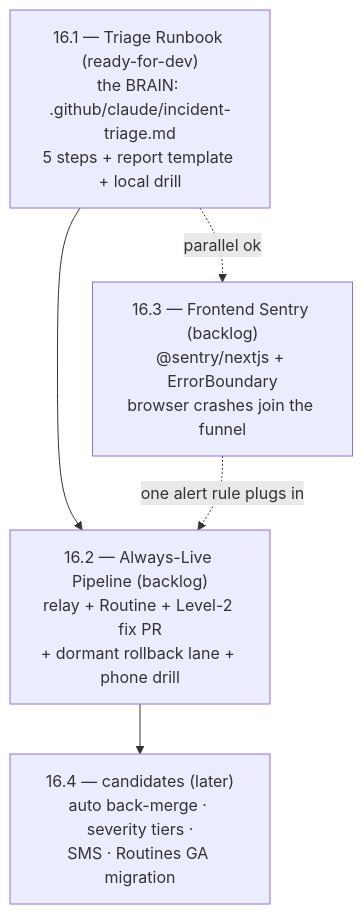
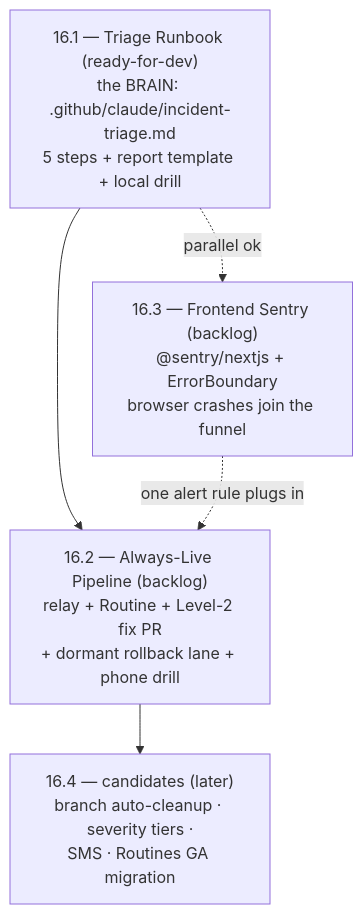
The fourth of 4 diagrams in _my_resources/diagrams_guides/security/sentry_error_response_team.md (sudomadhatter/Sudo_Hatter_Command), drawn with Mermaid before and after one commit. The commit also changed other lines of this file and 7 other files, not shown here.

````diff
--- a/_my_resources/diagrams_guides/security/sentry_error_response_team.md
+++ b/_my_resources/diagrams_guides/security/sentry_error_response_team.md
@@ -106,11 +115,11 @@
 ```mermaid
 flowchart TD
     S1["16.1 — Triage Runbook (ready-for-dev)<br/>the BRAIN: .github/claude/incident-triage.md<br/>5 steps + report template + local drill"]
     S2["16.2 — Always-Live Pipeline (backlog)<br/>relay + Routine + Level-2 fix PR<br/>+ dormant rollback lane + phone drill"]
     S3["16.3 — Frontend Sentry (backlog)<br/>@sentry/nextjs + ErrorBoundary<br/>browser crashes join the funnel"]
-    S4["16.4 — candidates (later)<br/>auto back-merge · severity tiers ·<br/>SMS · Routines GA migration"]
+    S4["16.4 — candidates (later)<br/>branch auto-cleanup · severity tiers ·<br/>SMS · Routines GA migration"]
 
     S1 --> S2 --> S4
     S1 -.parallel ok.-> S3
     S3 -.one alert rule plugs in.-> S2
 ```
````
